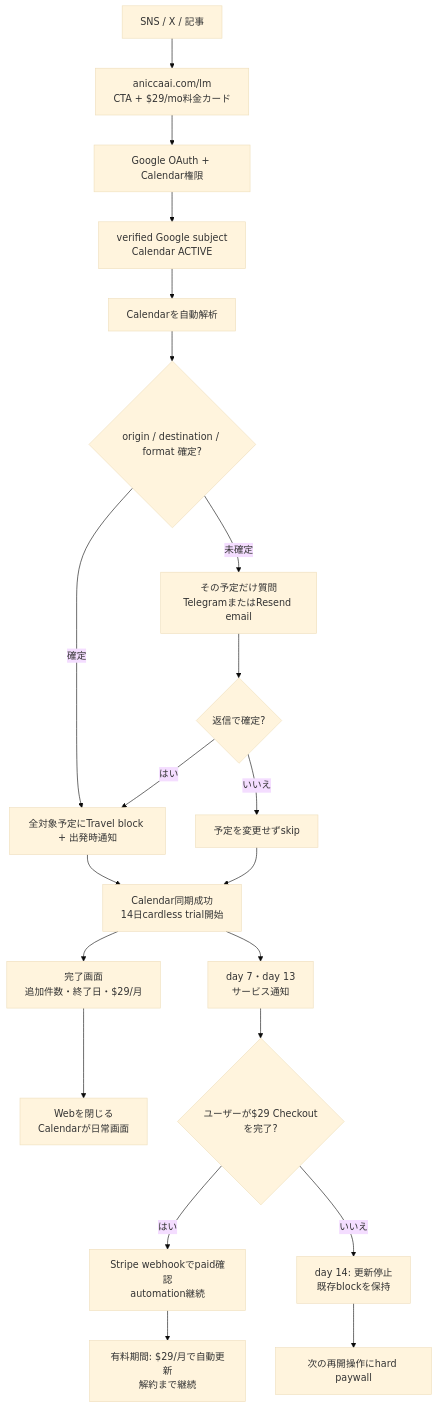
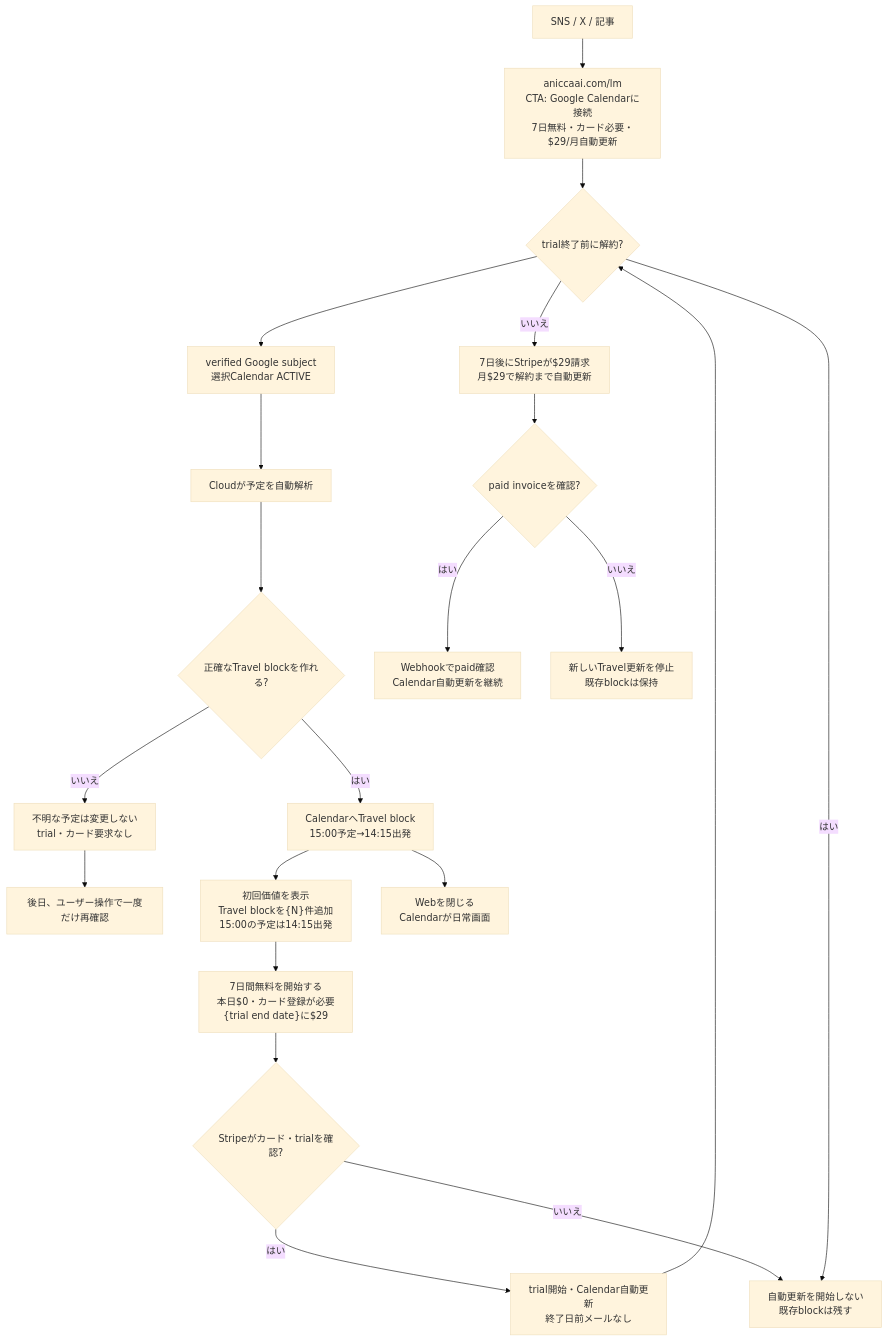
One commit to Daisuke134/life-manager changed the diagram in docs/superpowers/specs/2026-10-06-life-manager-web-first-travel-design.md. Above: the diagram before and after it, drawn with Mermaid (base theme). The commit also changed other lines of this file and 2 other files, not shown here.

Commit message:
docs(lm): specify seven-day card trial UX

````diff
--- a/docs/superpowers/specs/2026-10-06-life-manager-web-first-travel-design.md
+++ b/docs/superpowers/specs/2026-10-06-life-manager-web-first-travel-design.md
@@ -97,23 +99,23 @@
 ```mermaid
 flowchart TD
-    A["SNS / X / 記事"] --> B["aniccaai.com/lm<br/>CTA + $29/mo料金カード"]
-    B --> C["Google OAuth + Calendar権限"]
-    C --> D["verified Google subject<br/>Calendar ACTIVE"]
-    D --> E["Calendarを自動解析"]
-    E --> F{"origin / destination / format 確定?"}
-    F -- "確定" --> G["全対象予定にTravel block + 出発時通知"]
-    F -- "未確定" --> H["その予定だけ質問<br/>TelegramまたはResend email"]
-    H --> I{"返信で確定?"}
-    I -- "はい" --> G
-    I -- "いいえ" --> J["予定を変更せずskip"]
-    G --> K["Calendar同期成功<br/>14日cardless trial開始"]
-    J --> K
-    K --> L["完了画面<br/>追加件数・終了日・$29/月"]
-    L --> M["Webを閉じる<br/>Calendarが日常画面"]
-    K --> N["day 7・day 13<br/>サービス通知"]
-    N --> O{"ユーザーが$29 Checkoutを完了?"}
-    O -- "はい" --> P["Stripe webhookでpaid確認<br/>automation継続"]
-    O -- "いいえ" --> Q["day 14: 更新停止<br/>既存blockを保持"]
-    Q --> R["次の再開操作にhard paywall"]
-    P --> S["有料期間: $29/月で自動更新<br/>解約まで継続"]
+    A["SNS / X / 記事"] --> B["aniccaai.com/lm<br/>CTA: Google Calendarに接続<br/>7日無料・カード必要・$29/月自動更新"]
+    B --> C["Googleで本人確認<br/>Calendar権限を許可"]
+    C --> D["verified Google subject<br/>選択Calendar ACTIVE"]
+    D --> E["Cloudが予定を自動解析"]
+    E --> F{"正確なTravel blockを作れる?"}
+    F -- "はい" --> G["CalendarへTravel block<br/>15:00予定→14:15出発"]
+    F -- "いいえ" --> Z["不明な予定は変更しない<br/>trial・カード要求なし"]
+    Z --> R["後日、ユーザー操作で一度だけ再確認"]
+    G --> H["初回価値を表示<br/>Travel blockを{N}件追加<br/>15:00の予定は14:15出発"]
+    H --> I["7日間無料を開始する<br/>本日$0・カード登録が必要<br/>{trial end date}に$29"]
+    I --> J{"Stripeがカード・trialを確認?"}
+    J -- "はい" --> K["trial開始・Calendar自動更新<br/>終了日前メールなし"]
+    J -- "いいえ" --> L["自動更新を開始しない<br/>既存blockは残す"]
+    K --> C{"trial終了前に解約?"}
+    C -- "はい" --> L
+    C -- "いいえ" --> M["7日後にStripeが$29請求<br/>月$29で解約まで自動更新"]
+    M --> N{"paid invoiceを確認?"}
+    N -- "はい" --> O["Webhookでpaid確認<br/>Calendar自動更新を継続"]
+    N -- "いいえ" --> P["新しいTravel更新を停止<br/>既存blockは保持"]
+    G --> Q["Webを閉じる<br/>Calendarが日常画面"]
 ```
````
